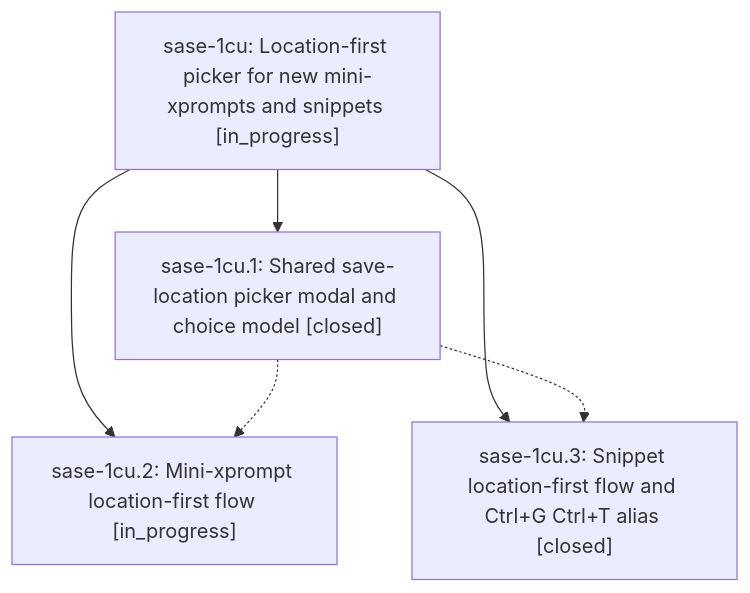
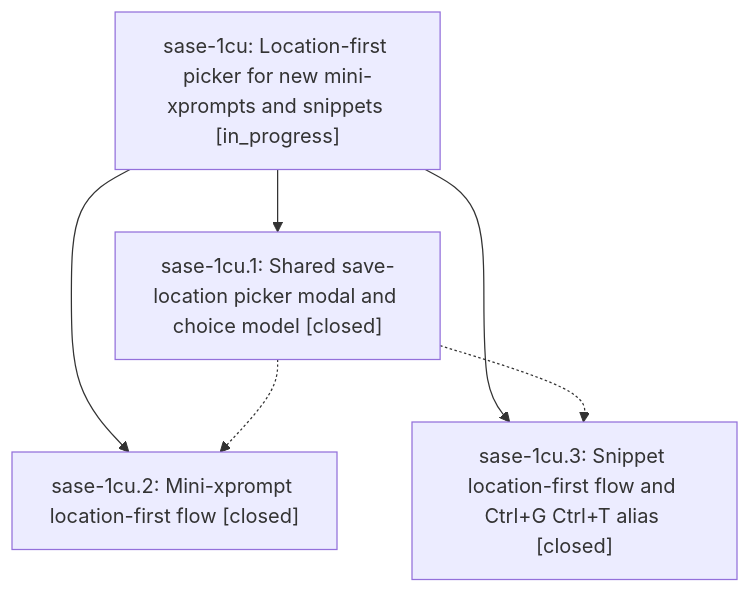
One commit to sase-org/sase--beads changed the diagram in pages/sase-1cu/README.md. Above: the diagram before and after it, drawn with Mermaid. The commit also changed other lines of this file and 3 other files, not shown here.

````diff
--- a/pages/sase-1cu/README.md
+++ b/pages/sase-1cu/README.md
@@ -24,12 +24,12 @@
 ```mermaid
 flowchart TD
     n0["sase-1cu: Location-first picker for new mini-xprompts and snippets [in_progress]"]
     n1["sase-1cu.1: Shared save-location picker modal and choice model [closed]"]
-    n2["sase-1cu.2: Mini-xprompt location-first flow [in_progress]"]
+    n2["sase-1cu.2: Mini-xprompt location-first flow [closed]"]
     n3["sase-1cu.3: Snippet location-first flow and Ctrl+G Ctrl+T alias [closed]"]
     n0 --> n1
     n0 --> n2
     n0 --> n3
     n1 -.-> n2
     n1 -.-> n3
 ```
````
